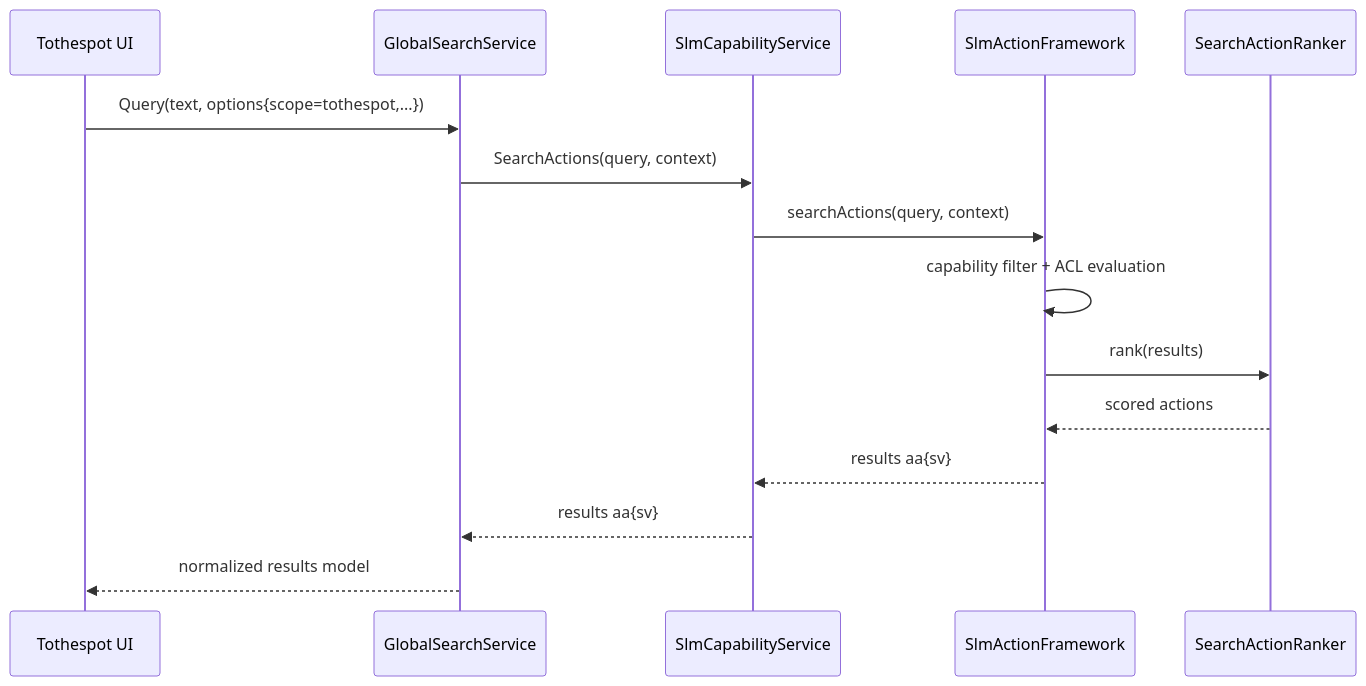
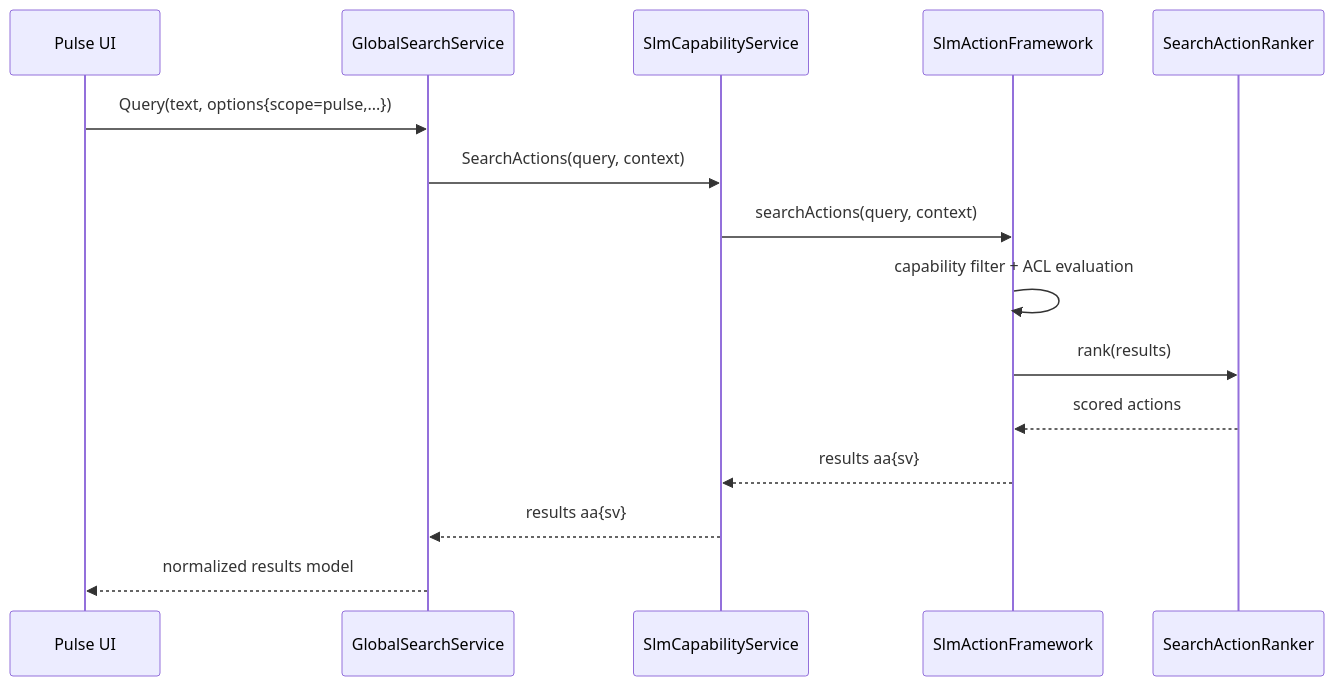
Before and after one commit to mumulalasoft/slm-desktop: the second of 3 diagrams in docs/architecture/TOTHESPOT_FLOW.md, drawn with Mermaid. The commit also changed other lines of this file and 157 other files, not shown here.

````diff
--- a/docs/architecture/TOTHESPOT_FLOW.md
+++ b/docs/architecture/TOTHESPOT_FLOW.md
@@ -23,18 +23,18 @@
 ```mermaid
 sequenceDiagram
-    participant U as Tothespot UI
+    participant U as Pulse UI
     participant G as GlobalSearchService
     participant S as SlmCapabilityService
     participant F as SlmActionFramework
     participant R as SearchActionRanker
 
-    U->>G: Query(text, options{scope=tothespot,...})
+    U->>G: Query(text, options{scope=pulse,...})
     G->>S: SearchActions(query, context)
     S->>F: searchActions(query, context)
     F->>F: capability filter + ACL evaluation
     F->>R: rank(results)
     R-->>F: scored actions
     F-->>S: results aa{sv}
     S-->>G: results aa{sv}
     G-->>U: normalized results model
 ```
````
